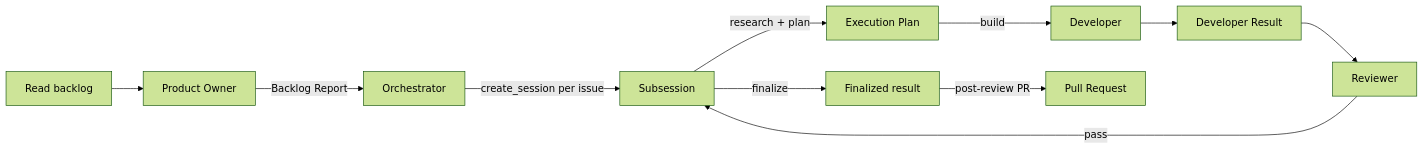
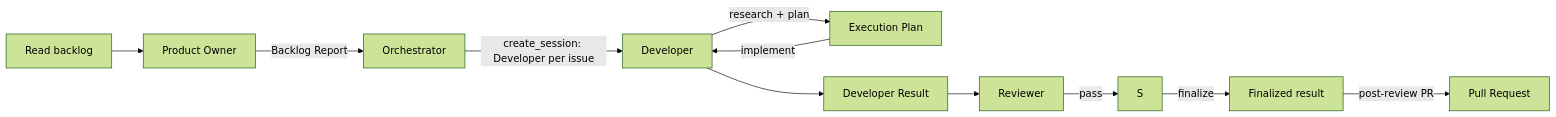
The diagram in docs/agents/simple-delivery.md (lfarci/loganfarci.com), drawn with Mermaid (forest theme) before and after one commit. The commit also changed other lines of this file and 3 other files, not shown here.

````diff
--- a/docs/agents/simple-delivery.md
+++ b/docs/agents/simple-delivery.md
@@ -50,13 +49,13 @@
 ```mermaid
 flowchart LR
     B[Read backlog] --> PO[Product Owner]
     PO -->|Backlog Report| O[Orchestrator]
-        O -->|create_session per issue| S[Subsession]
-    S -->|research + plan| P[Execution Plan]
-    P -->|build| D[Developer]
+        O -->|create_session: Developer per issue| D[Developer]
+    D -->|research + plan| P[Execution Plan]
+    P -->|implement| D
     D --> R[Developer Result]
     R --> V[Reviewer]
     V -->|pass| S
     S -->|finalize| F[Finalized result]
     F -->|post-review PR| PR[Pull Request]
 ```
````
